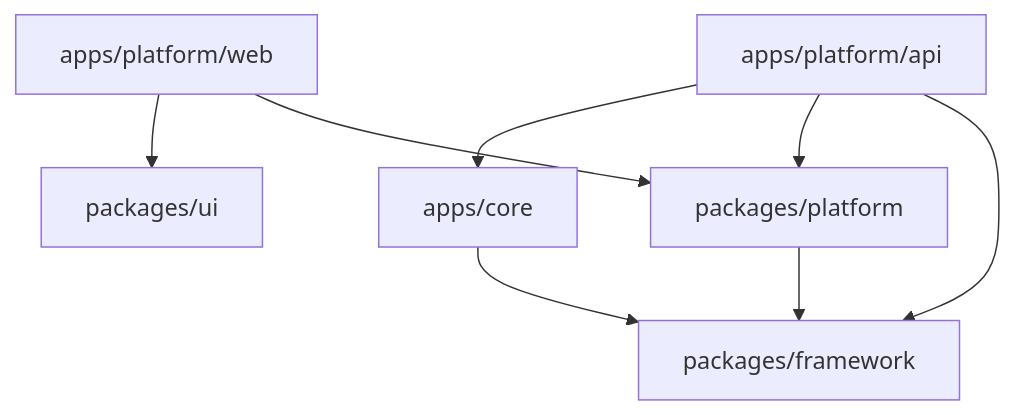
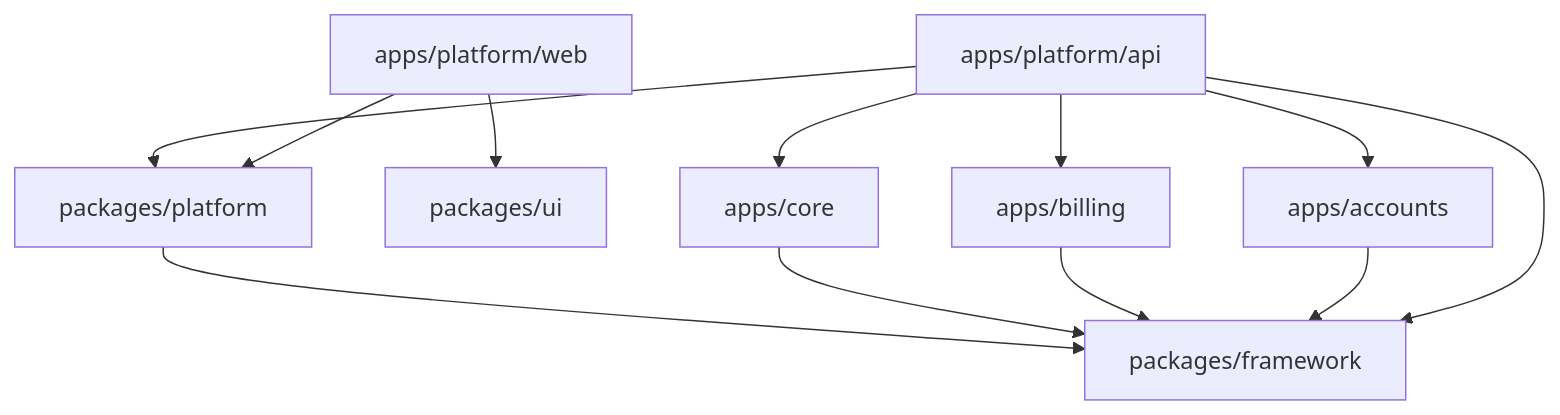
Before and after one commit to PREFIQ/codexsun-v2: the diagram in assist/architecture/module-boundaries.md, drawn with Mermaid. The commit also changed other lines of this file and 353 other files, not shown here.

````diff
--- a/assist/architecture/module-boundaries.md
+++ b/assist/architecture/module-boundaries.md
@@ -155,17 +163,23 @@
 ```mermaid
 graph TD
   framework[packages/framework]
   platform[packages/platform]
   ui[packages/ui]
   core[apps/core]
+  billing[apps/billing]
+  accounts[apps/accounts]
   api[apps/platform/api]
   web[apps/platform/web]
 
   platform --> framework
   core --> framework
+  billing --> framework
+  accounts --> framework
   api --> framework
   api --> platform
   api --> core
+  api --> billing
+  api --> accounts
   web --> platform
   web --> ui
 ```
````
